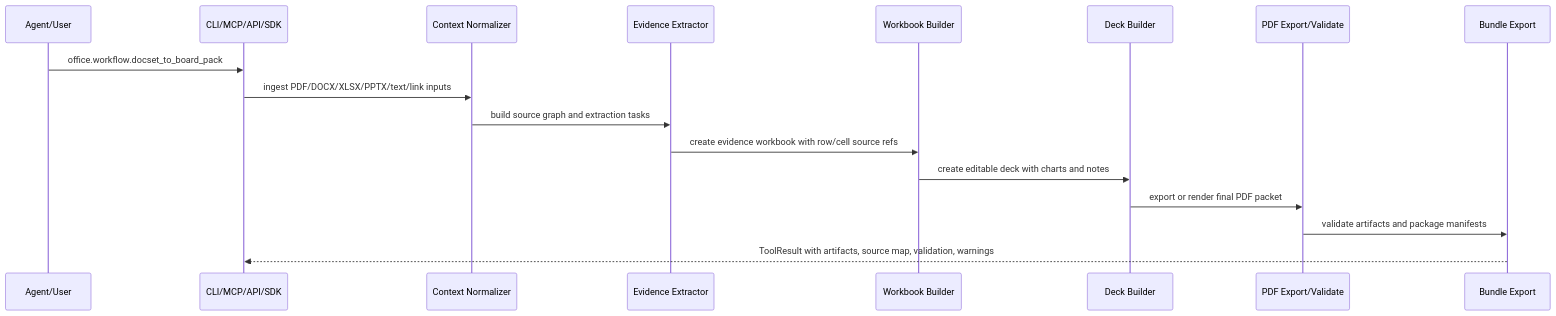
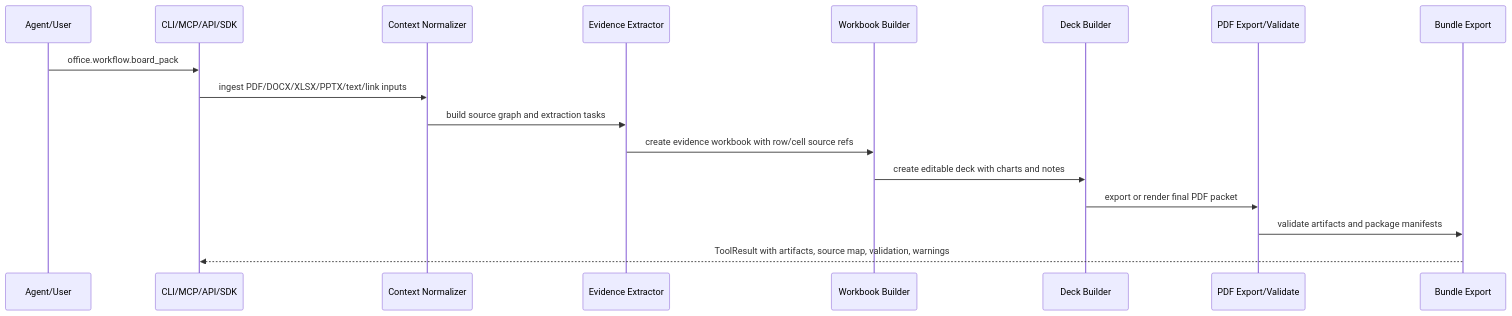
Before and after one commit to tover0314-w/OKoffice: the second of 3 diagrams in docs/03_ARCHITECTURE.md, drawn with Mermaid. The commit also changed 122 other files, not shown here.

````diff
--- a/docs/03_ARCHITECTURE.md
+++ b/docs/03_ARCHITECTURE.md
@@ -89,20 +89,20 @@
 ```mermaid
 sequenceDiagram
   participant User as Agent/User
   participant API as CLI/MCP/API/SDK
   participant Context as Context Normalizer
   participant Evidence as Evidence Extractor
   participant Sheet as Workbook Builder
   participant Deck as Deck Builder
   participant PDF as PDF Export/Validate
   participant Bundle as Bundle Export
 
-  User->>API: office.workflow.docset_to_board_pack
+  User->>API: office.workflow.board_pack
   API->>Context: ingest PDF/DOCX/XLSX/PPTX/text/link inputs
   Context->>Evidence: build source graph and extraction tasks
   Evidence->>Sheet: create evidence workbook with row/cell source refs
   Sheet->>Deck: create editable deck with charts and notes
   Deck->>PDF: export or render final PDF packet
   PDF->>Bundle: validate artifacts and package manifests
   Bundle-->>API: ToolResult with artifacts, source map, validation, warnings
 ```
````
